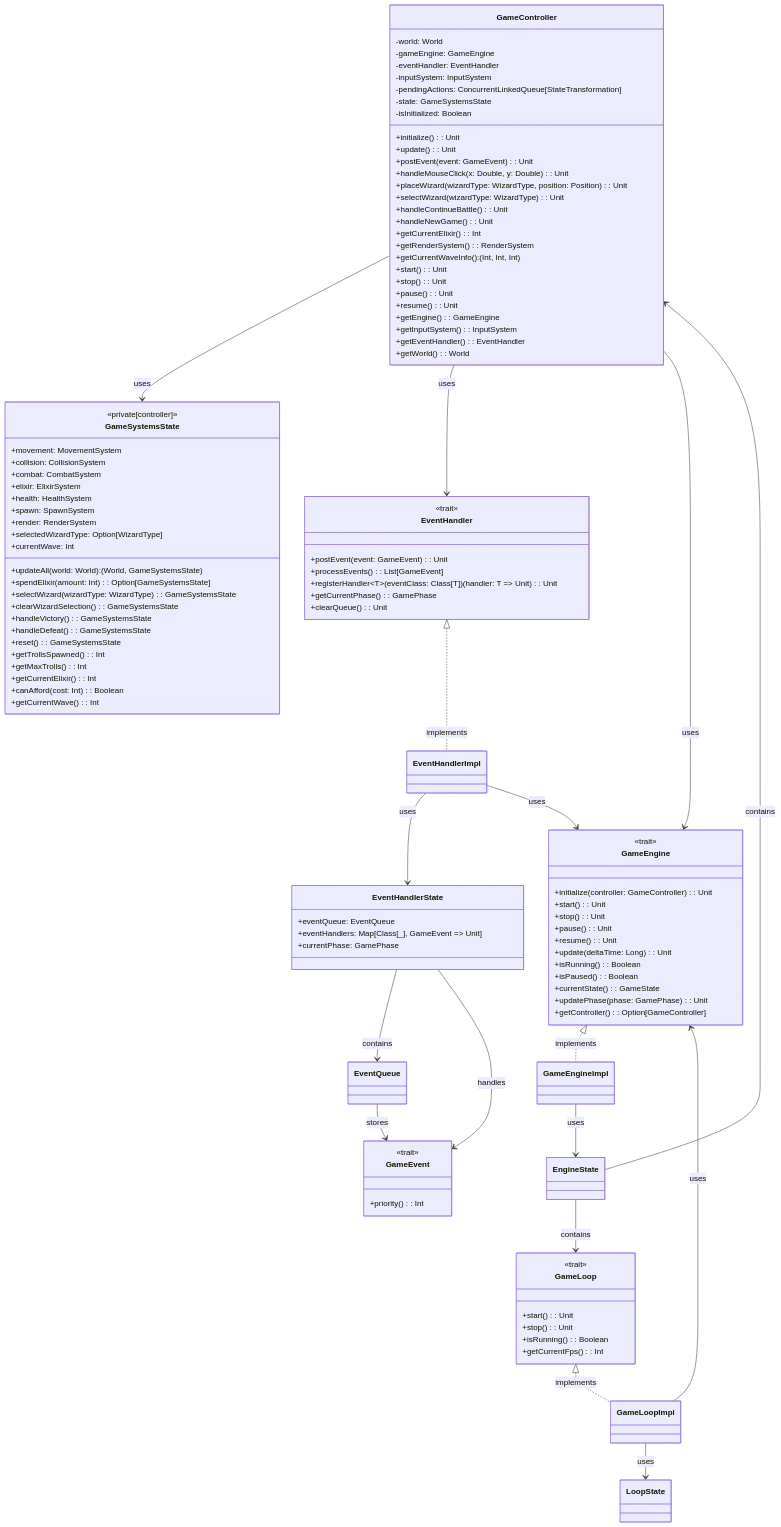
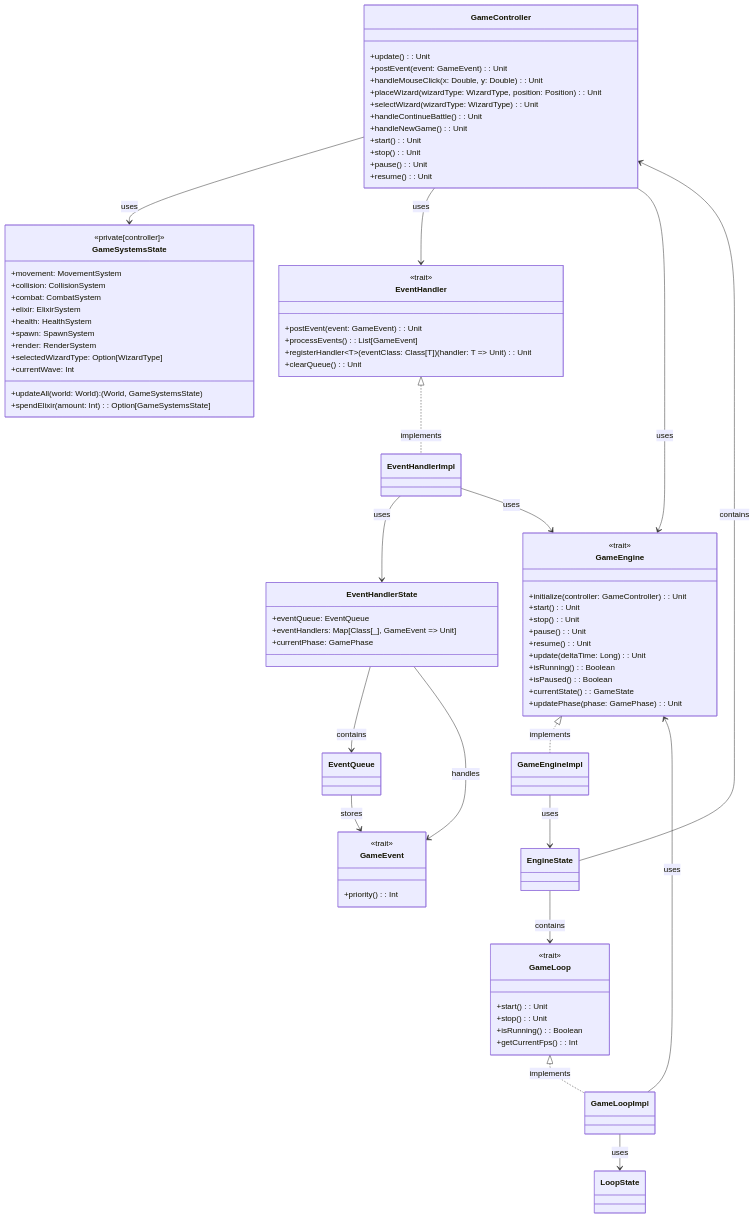
The seventh of 7 diagrams in docs/report/4-Design_di_dettaglio.md (giacomofoschii/PPS-24-WvT), drawn with Mermaid before and after one commit.

Commit message:
[DOC] Simplify GameController class diagram.

````diff
--- a/docs/report/4-Design_di_dettaglio.md
+++ b/docs/report/4-Design_di_dettaglio.md
@@ -395,14 +395,6 @@
 ``` mermaid
 classDiagram
     class GameController {
-        -world: World
-        -gameEngine: GameEngine
-        -eventHandler: EventHandler
-        -inputSystem: InputSystem
-        -pendingActions: ConcurrentLinkedQueue[StateTransformation]
-        -state: GameSystemsState
-        -isInitialized: Boolean
-        +initialize(): Unit
         +update(): Unit
         +postEvent(event: GameEvent): Unit
         +handleMouseClick(x: Double, y: Double): Unit
@@ -410,17 +402,10 @@
         +selectWizard(wizardType: WizardType): Unit
         +handleContinueBattle(): Unit
         +handleNewGame(): Unit
-        +getCurrentElixir(): Int
-        +getRenderSystem(): RenderSystem
-        +getCurrentWaveInfo(): (Int, Int, Int)
         +start(): Unit
         +stop(): Unit
         +pause(): Unit
         +resume(): Unit
-        +getEngine(): GameEngine
-        +getInputSystem(): InputSystem
-        +getEventHandler(): EventHandler
-        +getWorld(): World
     }
 
     class GameSystemsState {
@@ -436,16 +421,6 @@
         +currentWave: Int
         +updateAll(world: World): (World, GameSystemsState)
         +spendElixir(amount: Int): Option[GameSystemsState]
-        +selectWizard(wizardType: WizardType): GameSystemsState
-        +clearWizardSelection(): GameSystemsState
-        +handleVictory(): GameSystemsState
-        +handleDefeat(): GameSystemsState
-        +reset(): GameSystemsState
-        +getTrollsSpawned(): Int
-        +getMaxTrolls(): Int
-        +getCurrentElixir(): Int
-        +canAfford(cost: Int): Boolean
-        +getCurrentWave(): Int
     }
 
     class EventHandler {
@@ -453,7 +428,6 @@
         +postEvent(event: GameEvent): Unit
         +processEvents(): List[GameEvent]
         +registerHandler~T~(eventClass: Class[T])(handler: T => Unit): Unit
-        +getCurrentPhase(): GamePhase
         +clearQueue(): Unit
     }
 
@@ -486,7 +460,6 @@
         +isPaused(): Boolean
         +currentState(): GameState
         +updatePhase(phase: GamePhase): Unit
-        +getController(): Option[GameController]
     }
 
     class GameEngineImpl {
````
